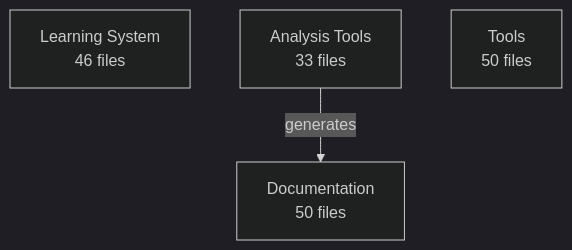
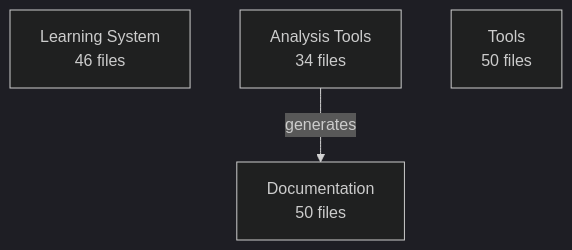
Before and after one commit to enufacas/Chained: the diagram in analysis/architecture/architecture.mmd, drawn with Mermaid (dark theme). The commit also changed 6 other files, not shown here.

First line of the commit message:
🏗️ Update architecture evolution tracking

```diff
--- a/analysis/architecture/architecture.mmd
+++ b/analysis/architecture/architecture.mmd
@@ -1,6 +1,6 @@
 graph TD
     learning_system[Learning System<br/>46 files]
-    analysis_tools[Analysis Tools<br/>33 files]
+    analysis_tools[Analysis Tools<br/>34 files]
     documentation[Documentation<br/>50 files]
     tools[Tools<br/>50 files]
     analysis_tools -->|generates| documentation
```
